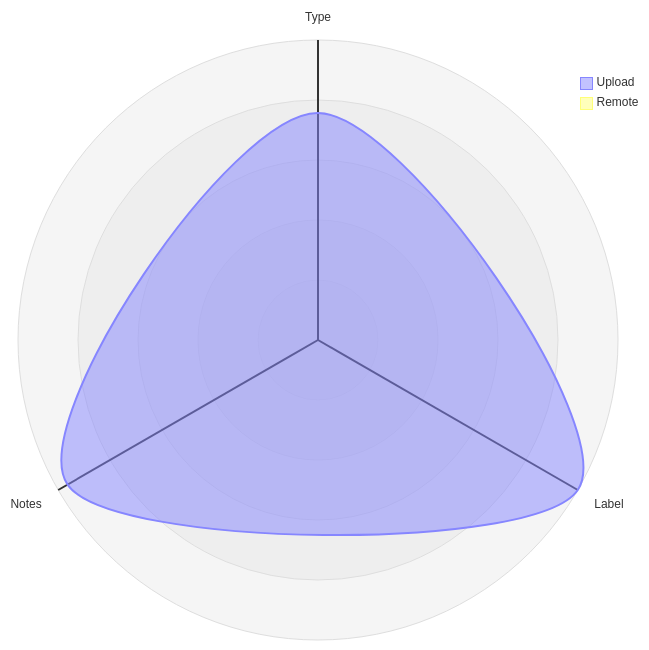
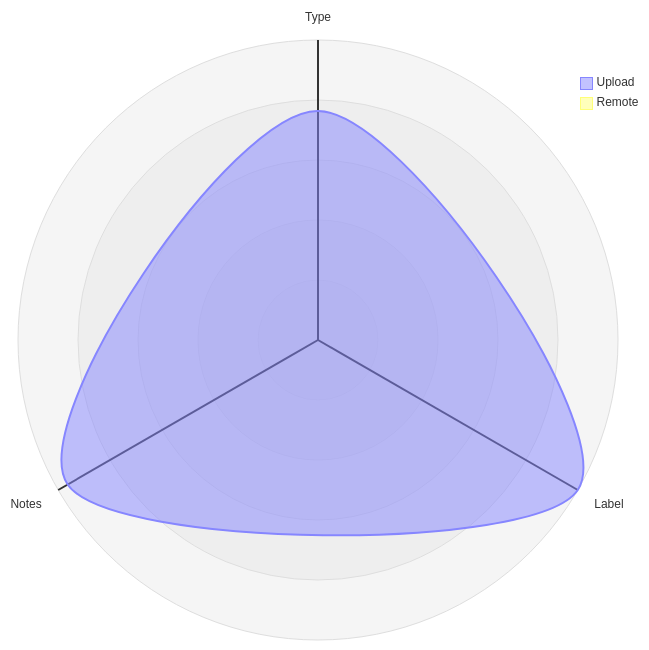
One commit to open-data/analytics-corporate-reporting changed the third of 5 diagrams in datastore_tracker/README.md. Above: the diagram before and after it, drawn with Mermaid. The commit also changed other lines of this file and 8 other files, not shown here.

````diff
--- a/datastore_tracker/README.md
+++ b/datastore_tracker/README.md
@@ -136,12 +140,12 @@
 ```mermaid
 radar-beta
   axis T["Type"], L["Label"], N["Notes"]
-  curve u["Upload"]{0.00084, 0.00111, 0.00107}
+  curve u["Upload"]{0.00084, 0.0011, 0.00106}
   curve r["Remote"]{0, 0, 0}
 
   showLegend true
 
   min 0
   graticule circle
   ticks 5
 ```
````
